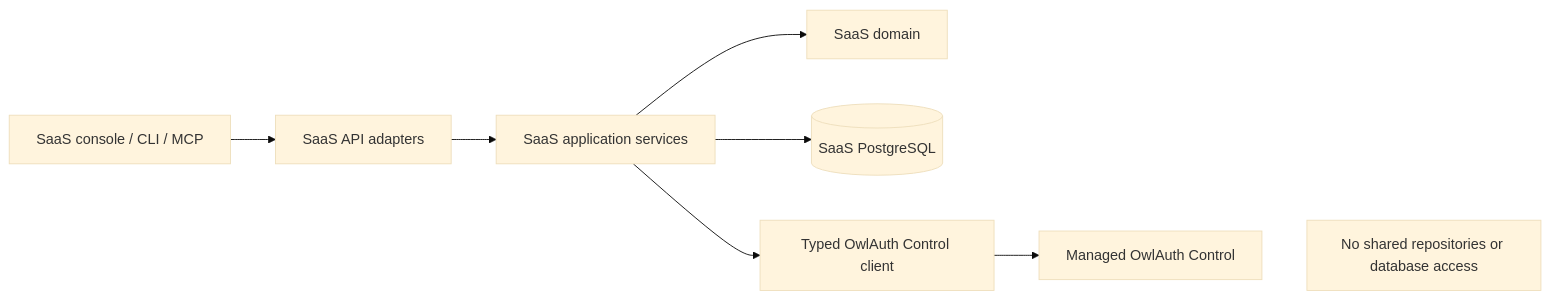
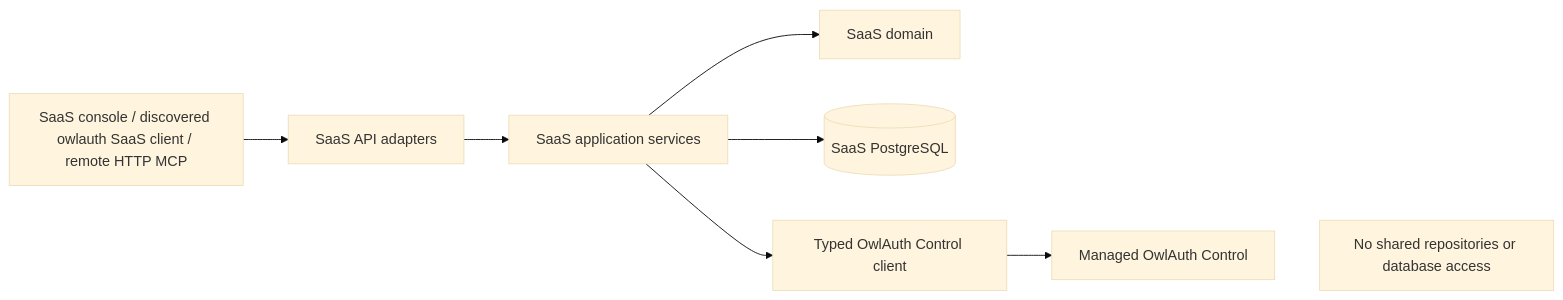
The first of 2 diagrams in spec/saas/02-domain-and-data-ownership.md (owlfoundry/owlauth), drawn with Mermaid (base theme) before and after one commit. The commit also changed 123 other files, not shown here.

````diff
--- a/spec/saas/02-domain-and-data-ownership.md
+++ b/spec/saas/02-domain-and-data-ownership.md
@@ -9,11 +9,11 @@
 ```mermaid
 flowchart LR
-    UI[SaaS console / CLI / MCP] --> API[SaaS API adapters]
+    UI[SaaS console / discovered owlauth SaaS client / remote HTTP MCP] --> API[SaaS API adapters]
     API --> APP[SaaS application services]
     APP --> DOMAIN[SaaS domain]
     APP --> SDB[(SaaS PostgreSQL)]
     APP --> CLIENT[Typed OwlAuth Control client]
     CLIENT --> CONTROL[Managed OwlAuth Control]
 
     CONTROL ~~~ RULE[No shared repositories or database access]
 ```
````
